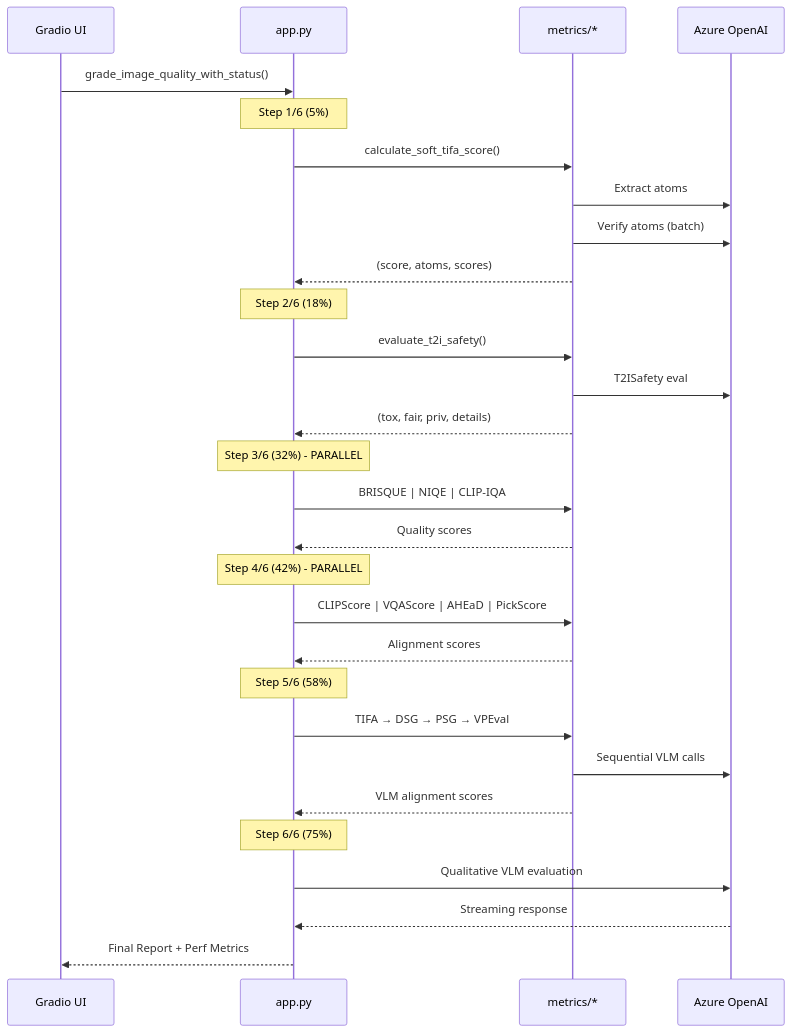
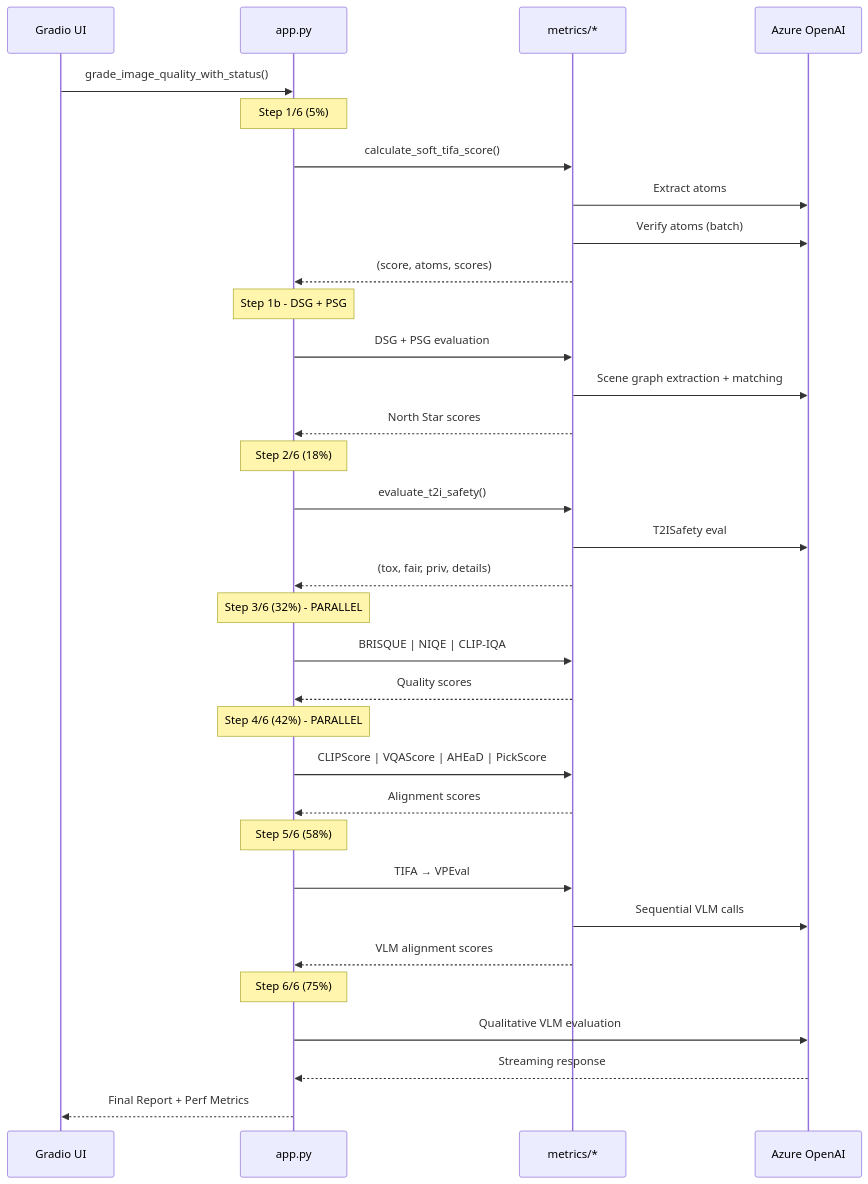
Before and after one commit to hshujuan/text_to_image_grader: the seventh of 7 diagrams in TechnicalDocs/MetricsSystem.md, drawn with Mermaid. The commit also changed other lines of this file and 1 other file, not shown here.

````diff
--- a/TechnicalDocs/MetricsSystem.md
+++ b/TechnicalDocs/MetricsSystem.md
@@ -273,39 +275,44 @@
 ```mermaid
 sequenceDiagram
     participant UI as Gradio UI
     participant APP as app.py
     participant METRICS as metrics/*
     participant AZURE as Azure OpenAI
     
     UI->>APP: grade_image_quality_with_status()
     
     Note over APP: Step 1/6 (5%)
     APP->>METRICS: calculate_soft_tifa_score()
     METRICS->>AZURE: Extract atoms
     METRICS->>AZURE: Verify atoms (batch)
     METRICS-->>APP: (score, atoms, scores)
     
+    Note over APP: Step 1b - DSG + PSG
+    APP->>METRICS: DSG + PSG evaluation
+    METRICS->>AZURE: Scene graph extraction + matching
+    METRICS-->>APP: North Star scores
+    
     Note over APP: Step 2/6 (18%)
     APP->>METRICS: evaluate_t2i_safety()
     METRICS->>AZURE: T2ISafety eval
     METRICS-->>APP: (tox, fair, priv, details)
     
     Note over APP: Step 3/6 (32%) - PARALLEL
     APP->>METRICS: BRISQUE | NIQE | CLIP-IQA
     METRICS-->>APP: Quality scores
     
     Note over APP: Step 4/6 (42%) - PARALLEL
     APP->>METRICS: CLIPScore | VQAScore | AHEaD | PickScore
     METRICS-->>APP: Alignment scores
     
     Note over APP: Step 5/6 (58%)
-    APP->>METRICS: TIFA → DSG → PSG → VPEval
+    APP->>METRICS: TIFA → VPEval
     METRICS->>AZURE: Sequential VLM calls
     METRICS-->>APP: VLM alignment scores
     
     Note over APP: Step 6/6 (75%)
     APP->>AZURE: Qualitative VLM evaluation
     AZURE-->>APP: Streaming response
     
     APP-->>UI: Final Report + Perf Metrics
 ```
````
